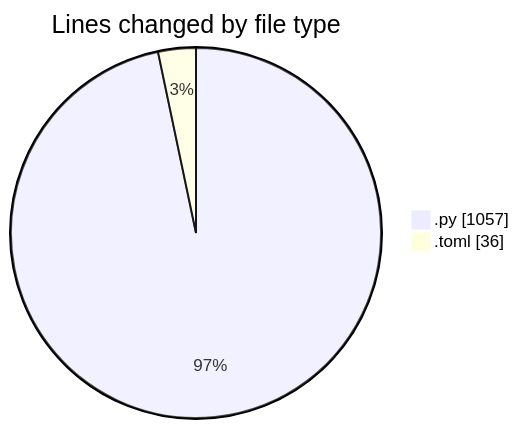
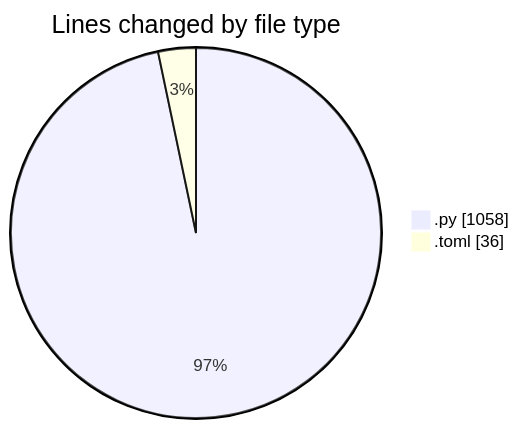
Before and after one commit to julien-gomy/code-tracking: the first of 2 diagrams in 2025-11-20/eventscop-api-guide__workspace_/README.md, drawn with Mermaid. The commit also changed other lines of this file and 1 other file, not shown here.

````diff
--- a/2025-11-20/eventscop-api-guide__workspace_/README.md
+++ b/2025-11-20/eventscop-api-guide__workspace_/README.md
@@ -26,6 +26,6 @@
 ```mermaid
 pie showData
 title Lines changed by file type
-".py" : 1057
+".py" : 1058
 ".toml" : 36
 ```
````
